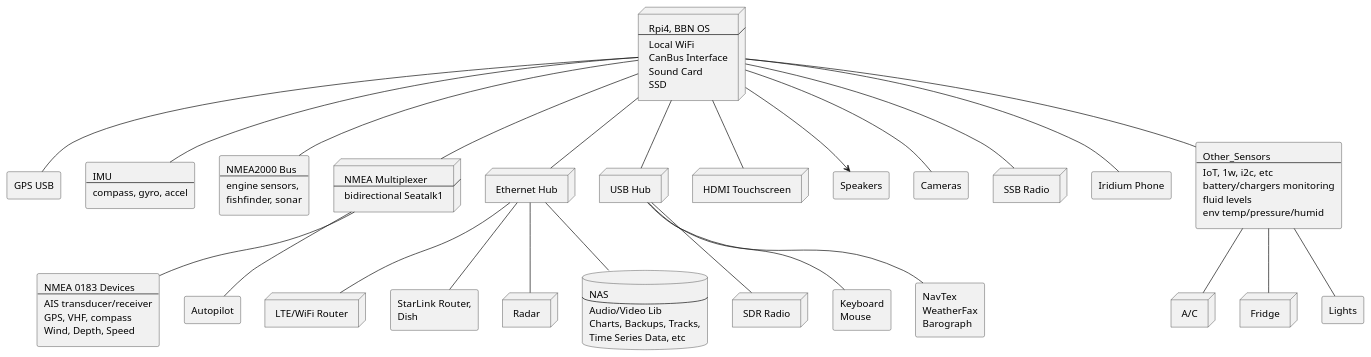
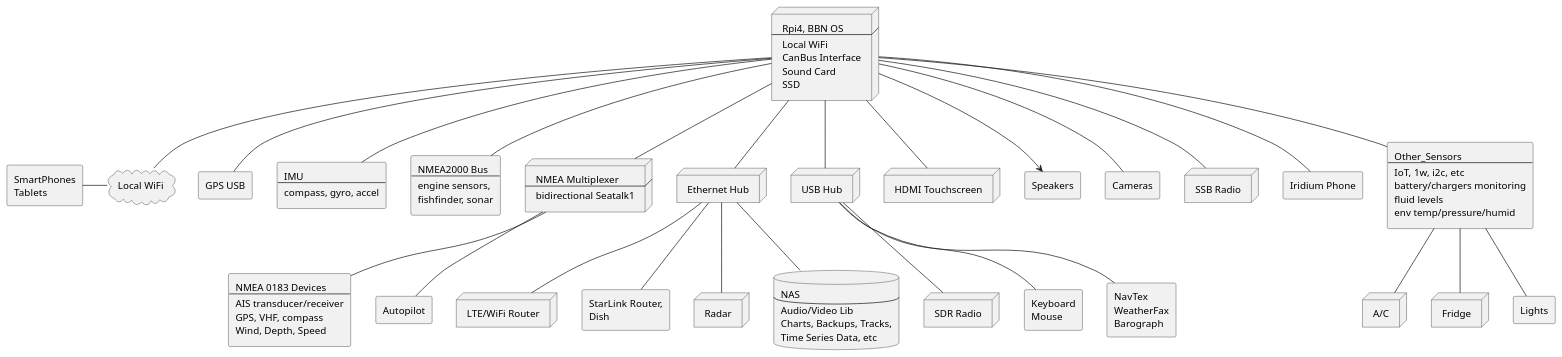
One commit to bareboat-necessities/my-bareboat changed the diagram in docs/plantuml/system-arch.puml. Above: the diagram before and after it, drawn with PlantUML.

```diff
--- a/docs/plantuml/system-arch.puml
+++ b/docs/plantuml/system-arch.puml
@@ -1,161 +1,173 @@
 @startuml
 
 node RPI [
  Rpi4, BBN OS
  ----
  Local WiFi
  CanBus Interface
  Sound Card
  SSD
 ]
 
 rectangle GPS [
  GPS USB
 ]
 
 rectangle IMU [
  IMU
  ----
  compass, gyro, accel
 ]
 
 rectangle NMEA_2000 [
  NMEA2000 Bus
  ----
  engine sensors,
  fishfinder, sonar
 ]
 
 node NMEA_Mux [
  NMEA Multiplexer
  ----
  bidirectional Seatalk1
 ]
 
 rectangle NMEA_0183 [
  NMEA 0183 Devices
  ----
  AIS transducer/receiver
  GPS, VHF, compass
  Wind, Depth, Speed
 ]
 
 rectangle AP [
  Autopilot
 ]
 
 node Eth_Hub [
  Ethernet Hub
 ]
 
 node USB_Hub [
  USB Hub
 ]
 
 node Router [
  LTE/WiFi Router
 ]
 
 rectangle Dish_Router [
  StarLink Router,
  Dish
 ]
 
 node Radar [
  Radar
 ]
 
 node Touchscreen [
  HDMI Touchscreen
 ]
 
 rectangle Speakers [
  Speakers
 ]
 
 rectangle Cameras [
  Cameras
 ]
 
 node SDR [
  SDR Radio
 ]
 
 node SSB [
  SSB Radio
 ]
 
+cloud WiFi_Local [
+ Local WiFi
+]
+
 rectangle Iridium [
  Iridium Phone
 ]
 
 rectangle Other_Sensors [
  Other_Sensors
  ----
  IoT, 1w, i2c, etc
  battery/chargers monitoring
  fluid levels
  env temp/pressure/humid
 ]
 
 node AC [
  A/C
 ]
 
 node Fridge [
  Fridge
 ]
 
 rectangle Lights [
  Lights
 ]
 
 rectangle Keyboard_Mouse [
  Keyboard
  Mouse
 ]
 
 rectangle Weather [
  NavTex
  WeatherFax
  Barograph
 ]
 
+rectangle SmartPhone [
+ SmartPhones
+ Tablets
+]
+
 database NAS [
  NAS
  ----
  Audio/Video Lib
  Charts, Backups, Tracks,
  Time Series Data, etc
 ]
 
 RPI -- GPS
 RPI -- IMU
 RPI -- NMEA_2000
 RPI -- NMEA_Mux
 RPI -- Eth_Hub
 RPI -- USB_Hub
 RPI -- Touchscreen
 RPI -- Cameras
 RPI --> Speakers
 RPI -- SSB
 RPI -- Iridium
 RPI -- Other_Sensors
+RPI -- WiFi_Local
+
+SmartPhone - WiFi_Local
 
 Eth_Hub -- Router
 Eth_Hub -- Radar
 Eth_Hub -- NAS
 Eth_Hub -- Dish_Router
 
 USB_Hub -- SDR
 USB_Hub -- Weather
 USB_Hub -- Keyboard_Mouse
 
 Other_Sensors -- AC
 Other_Sensors -- Fridge
 Other_Sensors -- Lights
 
 NMEA_Mux -- NMEA_0183
 NMEA_Mux -- AP
 
 @enduml
```
